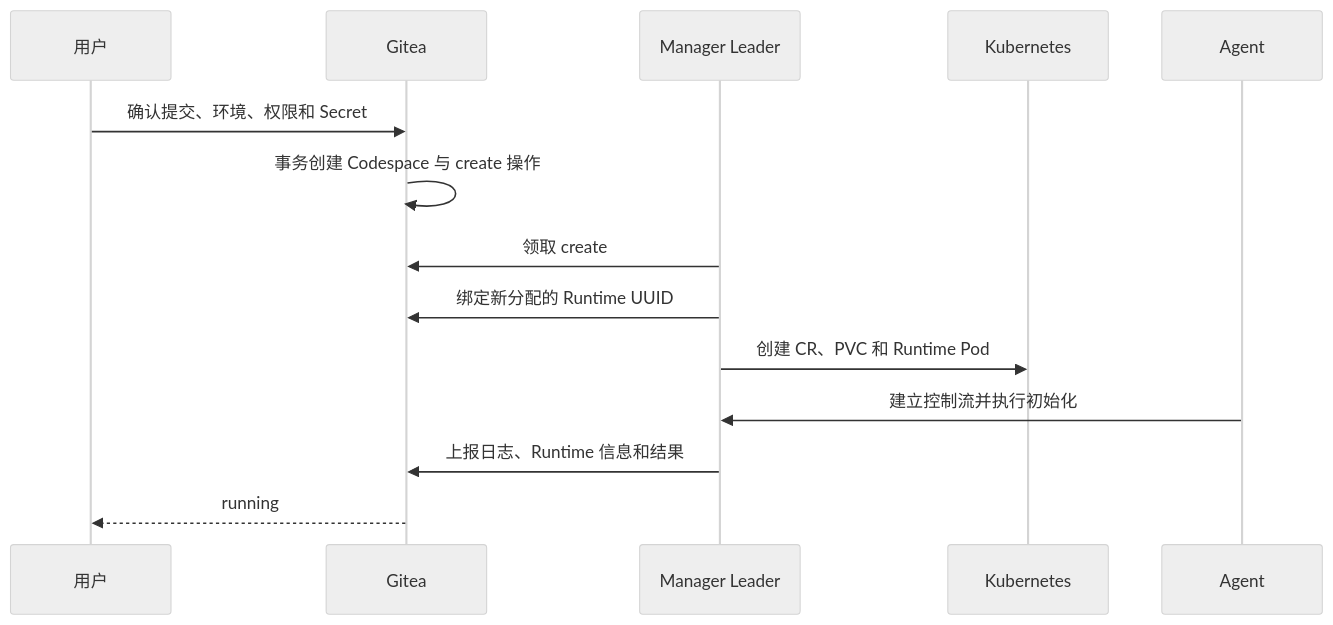
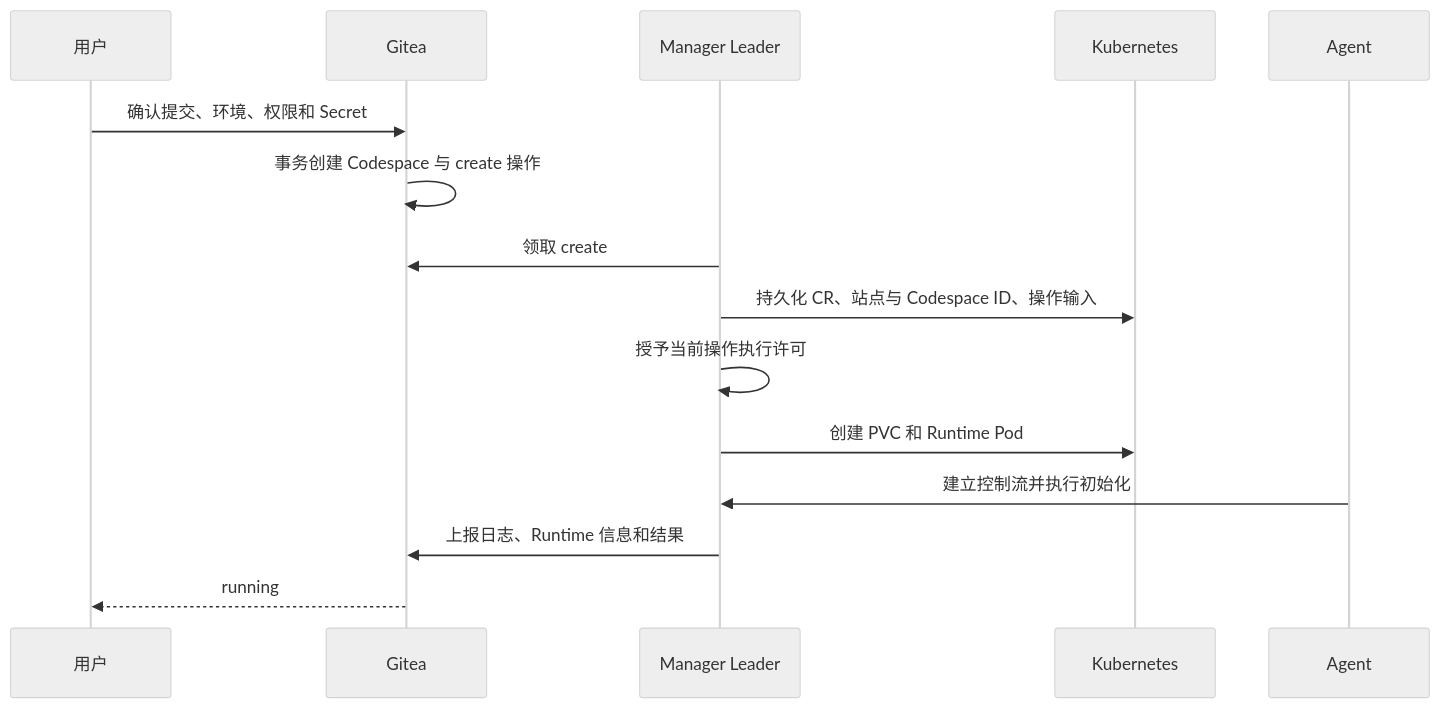
One commit to ExplodingDragon/gitea-dev changed the diagram in src/codespace/lifecycle.md. Above: the diagram before and after it, drawn with Mermaid (neutral theme). The commit also changed other lines of this file and 6 other files, not shown here.

First line of the commit message:
docs(codespace): align architecture with current runtime behavior

````diff
--- a/src/codespace/lifecycle.md
+++ b/src/codespace/lifecycle.md
@@ -33,16 +33,17 @@
 ```mermaid
 sequenceDiagram
     participant U as 用户
     participant G as Gitea
     participant M as Manager Leader
     participant K as Kubernetes
     participant A as Agent
     U->>G: 确认提交、环境、权限和 Secret
     G->>G: 事务创建 Codespace 与 create 操作
     M->>G: 领取 create
-    M->>G: 绑定新分配的 Runtime UUID
-    M->>K: 创建 CR、PVC 和 Runtime Pod
+    M->>K: 持久化 CR、站点与 Codespace ID、操作输入
+    M->>M: 授予当前操作执行许可
+    M->>K: 创建 PVC 和 Runtime Pod
     A->>M: 建立控制流并执行初始化
     M->>G: 上报日志、Runtime 信息和结果
     G-->>U: running
 ```
````
